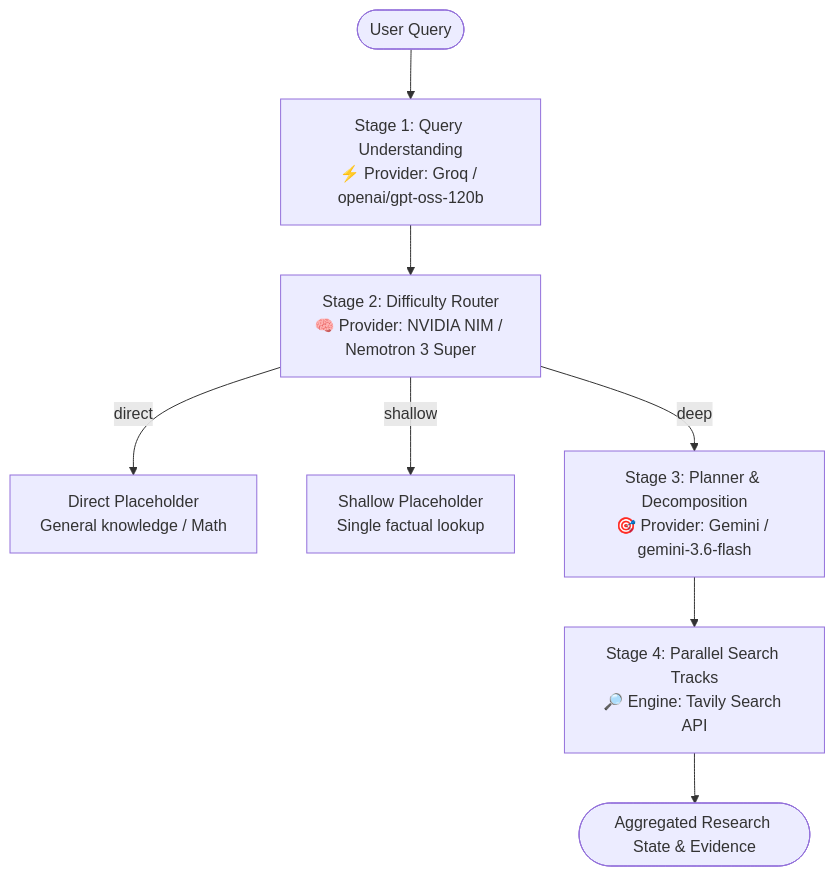
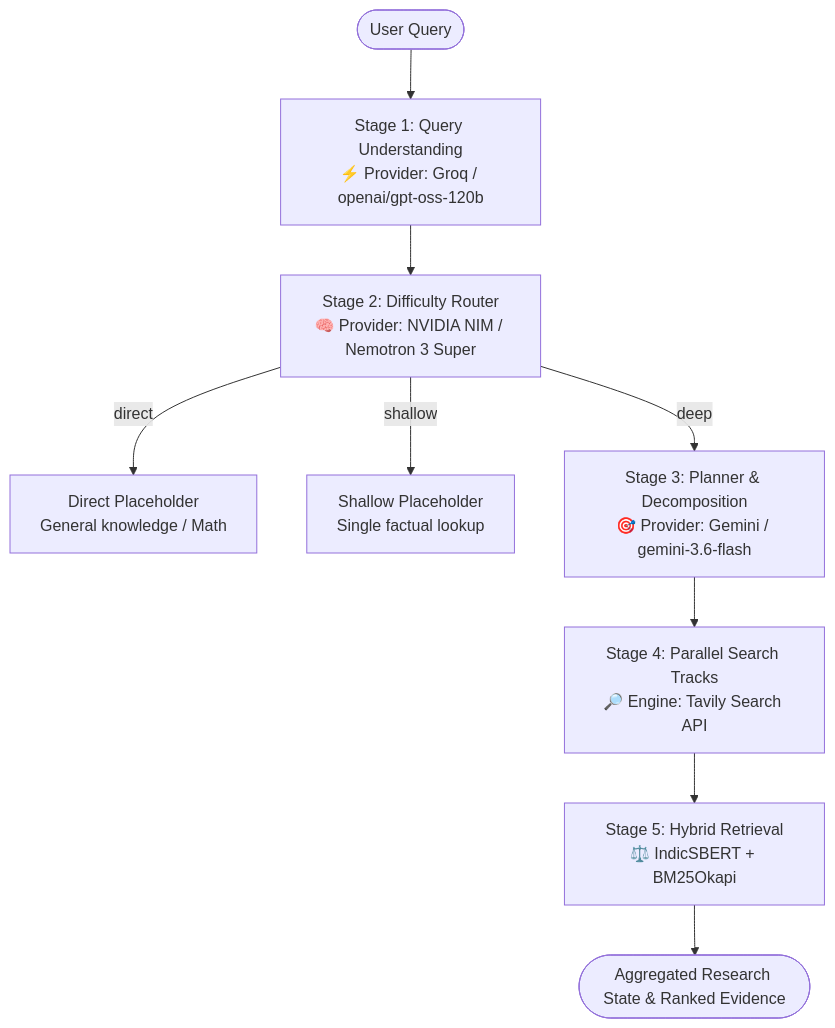
The diagram in README.md (Gayatri-N-Gaikwad/Deep-Research-Agent), drawn with Mermaid before and after one commit. The commit also changed other lines of this file and 9 other files, not shown here.

Commit message:
Add Stage 5 Hybrid Retrieval node: BM25 + semantic ranking via RRF, verified IndicSBERT model, fixed caching bug

````diff
--- a/README.md
+++ b/README.md
@@ -11,10 +11,11 @@
 ```mermaid
 flowchart TD
     User([User Query]) --> QU[Stage 1: Query Understanding\n⚡ Provider: Groq / openai/gpt-oss-120b]
     QU --> DR[Stage 2: Difficulty Router\n🧠 Provider: NVIDIA NIM / Nemotron 3 Super]
     DR -->|direct| DP[Direct Placeholder\nGeneral knowledge / Math]
     DR -->|shallow| SP[Shallow Placeholder\nSingle factual lookup]
     DR -->|deep| PL[Stage 3: Planner & Decomposition\n🎯 Provider: Gemini / gemini-3.6-flash]
     PL --> ST[Stage 4: Parallel Search Tracks\n🔎 Engine: Tavily Search API]
-    ST --> Out([Aggregated Research State & Evidence])
+    ST --> HR[Stage 5: Hybrid Retrieval\n⚖️ IndicSBERT + BM25Okapi]
+    HR --> Out([Aggregated Research State & Ranked Evidence])
 ```
````
